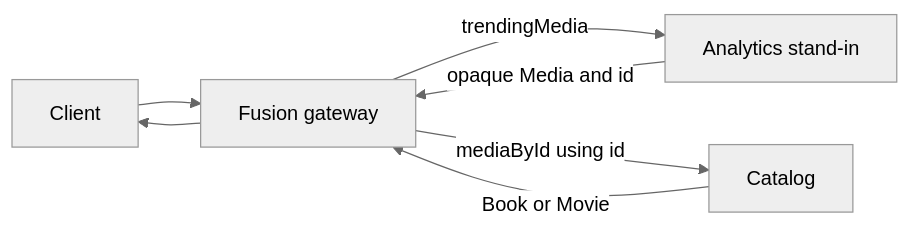
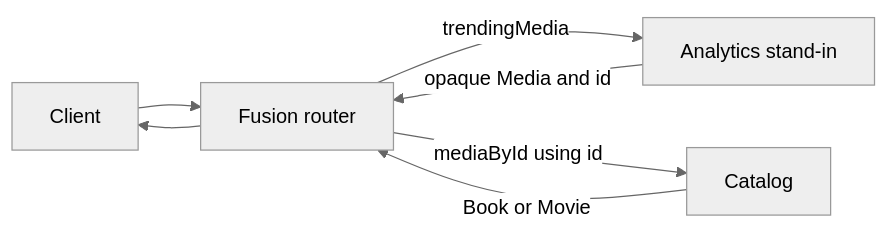
Before and after one commit to ChilliCream/graphql-platform: the diagram in website/content/docs/fusion/interface-objects.md, drawn with Mermaid (neutral theme). The commit also changed 176 other files, not shown here.

Commit message:
[Fusion] Rename gateway to router

````diff
--- a/website/content/docs/fusion/interface-objects.md
+++ b/website/content/docs/fusion/interface-objects.md
@@ -123,9 +123,9 @@
 ```mermaid
 flowchart LR
-    C[Client] --> G[Fusion gateway]
+    C[Client] --> G[Fusion router]
     G -->|trendingMedia| A[Analytics stand-in]
     A -->|opaque Media and id| G
     G -->|mediaById using id| K[Catalog]
     K -->|Book or Movie| G
     G --> C
 ```
````
